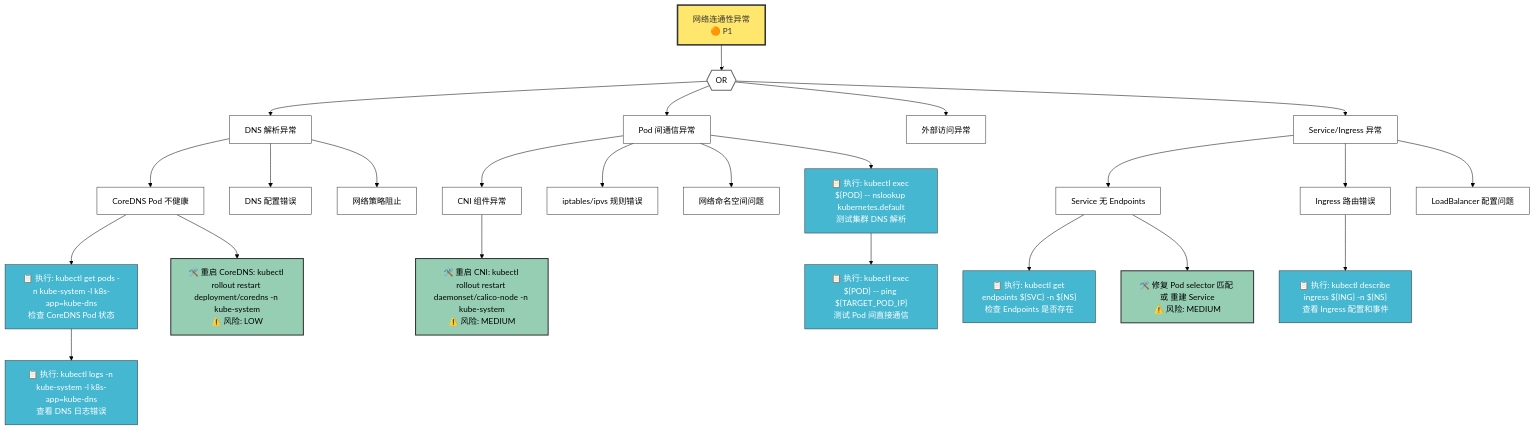
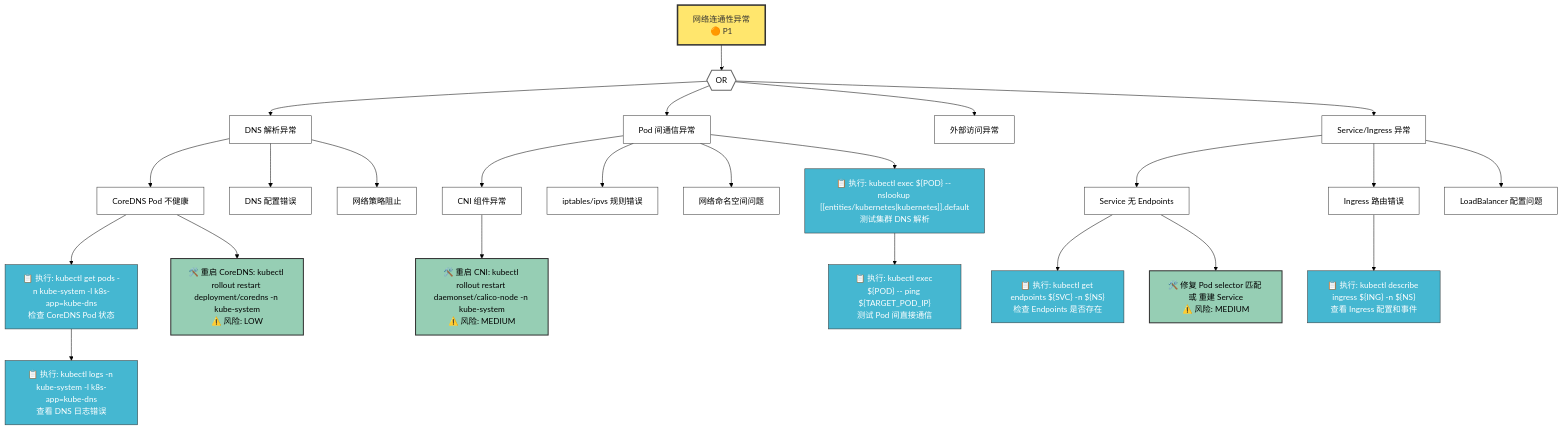
Before and after one commit to kudig-io/kudig-database: the fifth of 5 diagrams in docs/agent-specs/P1-4-Decision-Tree-Mermaid-Spec.md, drawn with Mermaid (forest theme). The commit also changed other lines of this file and 8283 other files, not shown here.

````diff
--- a/docs/agent-specs/P1-4-Decision-Tree-Mermaid-Spec.md
+++ b/docs/agent-specs/P1-4-Decision-Tree-Mermaid-Spec.md
@@ -300,75 +303,75 @@
 ```mermaid
 flowchart TD
     %% ========== 顶事件 ==========
     TE["网络连通性异常<br/>🟠 P1"]
     
     %% ========== 症状分类 ==========
     OR1{{"OR"}}
     TE --> OR1
     
     IE1["DNS 解析异常"]
     IE2["Pod 间通信异常"]
     IE3["外部访问异常"]
     IE4["Service/Ingress 异常"]
     
     OR1 --> IE1
     OR1 --> IE2
     OR1 --> IE3
     OR1 --> IE4
     
     %% ========== DNS 异常 ==========
     IE1 --> IE1_A["CoreDNS Pod 不健康"]
     IE1 --> IE1_B["DNS 配置错误"]
     IE1 --> IE1_C["网络策略阻止"]
     
     DS1["📋 执行: kubectl get pods -n kube-system -l k8s-app=kube-dns<br/>检查 CoreDNS Pod 状态"]
     IE1_A --> DS1
     
     DS2["📋 执行: kubectl logs -n kube-system -l k8s-app=kube-dns<br/>查看 DNS 日志错误"]
     DS1 --> DS2
     
     REM1["🛠️ 重启 CoreDNS: kubectl rollout restart deployment/coredns -n kube-system<br/>⚠️ 风险: LOW"]
     IE1_A --> REM1
     
     %% ========== Pod 间通信 ==========
     IE2 --> IE2_A["CNI 组件异常"]
     IE2 --> IE2_B["iptables/ipvs 规则错误"]
     IE2 --> IE2_C["网络命名空间问题"]
     
-    DS3["📋 执行: kubectl exec ${POD} -- nslookup kubernetes.default<br/>测试集群 DNS 解析"]
+    DS3["📋 执行: kubectl exec ${POD} -- nslookup [[entities/kubernetes|kubernetes]].default<br/>测试集群 DNS 解析"]
     IE2 --> DS3
     
     DS4["📋 执行: kubectl exec ${POD} -- ping ${TARGET_POD_IP}<br/>测试 Pod 间直接通信"]
     DS3 --> DS4
     
     REM2["🛠️ 重启 CNI: kubectl rollout restart daemonset/calico-node -n kube-system<br/>⚠️ 风险: MEDIUM"]
     IE2_A --> REM2
     
     %% ========== Service/Ingress ==========
     IE4 --> IE4_A["Service 无 Endpoints"]
     IE4 --> IE4_B["Ingress 路由错误"]
     IE4 --> IE4_C["LoadBalancer 配置问题"]
     
     DS5["📋 执行: kubectl get endpoints ${SVC} -n ${NS}<br/>检查 Endpoints 是否存在"]
     IE4_A --> DS5
     
     DS6["📋 执行: kubectl describe ingress ${ING} -n ${NS}<br/>查看 Ingress 配置和事件"]
     IE4_B --> DS6
     
     REM3["🛠️ 修复 Pod selector 匹配 或 重建 Service<br/>⚠️ 风险: MEDIUM"]
     IE4_A --> REM3
     
     %% ========== 样式 ==========
     classDef te fill:#FFE66D,stroke:#333,stroke-width:3px,color:#333
     classDef ie fill:#FFF,stroke:#333,stroke-width:1px
     classDef ds fill:#45B7D1,stroke:#333,stroke-width:1px,color:#fff
     classDef rem fill:#96CEB4,stroke:#333,stroke-width:2px
     classDef or_gate fill:#FFF,stroke:#666,stroke-width:2px
     
     class TE te
     class OR1,IE1,IE2,IE3,IE4 ie
     class IE1_A,IE1_B,IE1_C,IE2_A,IE2_B,IE2_C,IE4_A,IE4_B,IE4_C ie
     class DS1,DS2,DS3,DS4,DS5,DS6 ds
     class REM1,REM2,REM3 rem
     class OR1 or_gate
 ```
````
